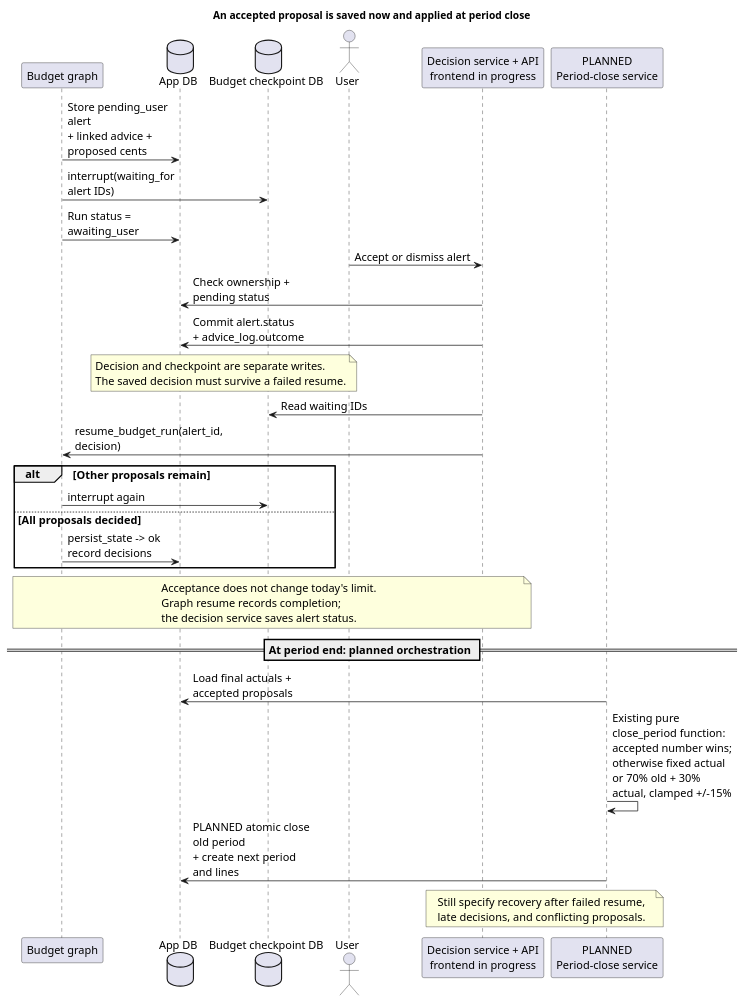
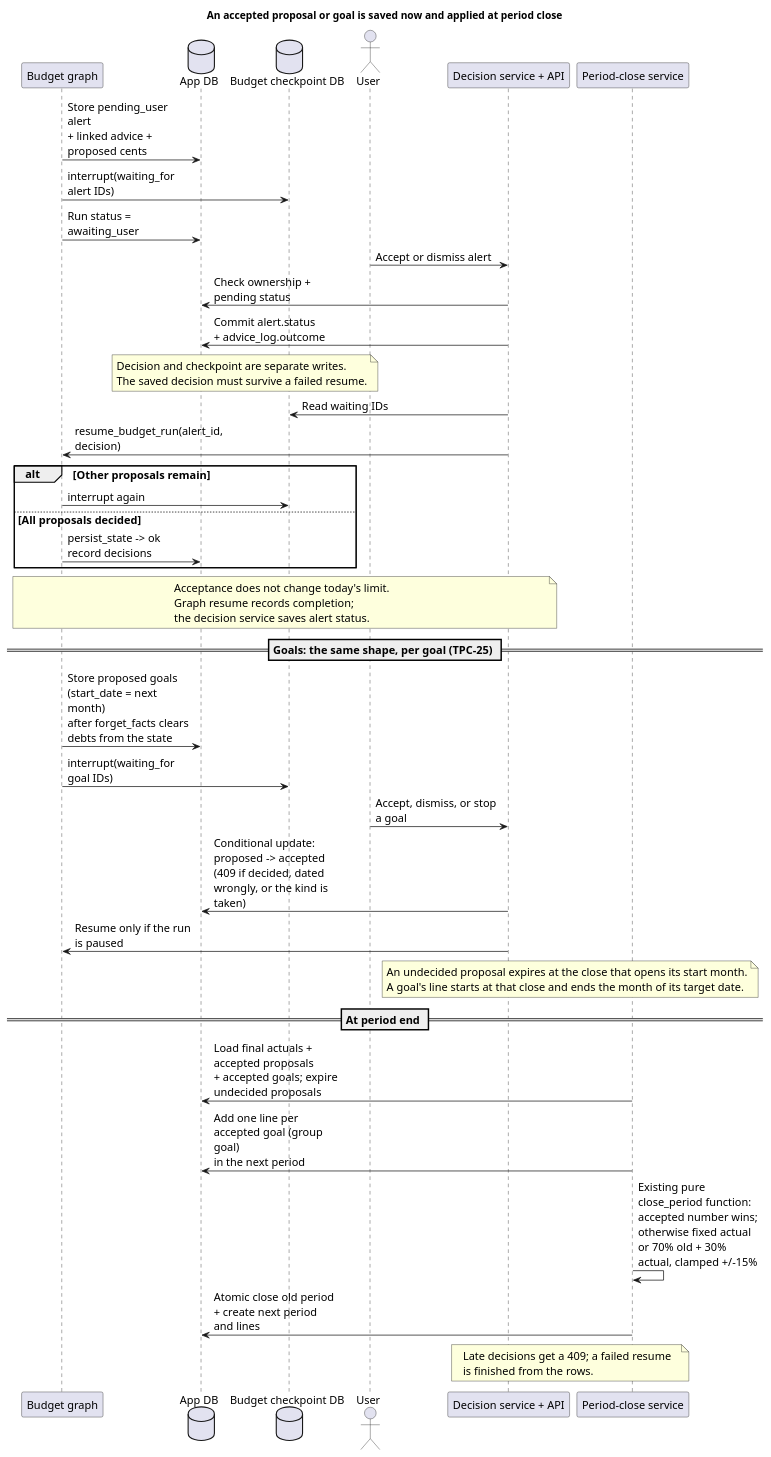
Before and after one commit to Del0m/Agentic-Financial-Dashboard: the diagram in docs/diagrams/approval-lifecycle.puml, drawn with PlantUML. The commit also changed 17 other files, not shown here.

```diff
--- a/docs/diagrams/approval-lifecycle.puml
+++ b/docs/diagrams/approval-lifecycle.puml
@@ -1,43 +1,54 @@
 @startuml
-title An accepted proposal is saved now and applied at period close
+title An accepted proposal or goal is saved now and applied at period close
 skinparam shadowing false
 skinparam defaultFontName SansSerif
 skinparam defaultFontSize 15
 skinparam maxMessageSize 170
 participant "Budget graph" as Graph
 database "App DB" as DB
 database "Budget checkpoint DB" as CP
 actor User
-participant "Decision service + API\nfrontend in progress" as Decisions
-participant "PLANNED\nPeriod-close service" as Close
+participant "Decision service + API" as Decisions
+participant "Period-close service" as Close
 Graph -> DB : Store pending_user alert\n+ linked advice + proposed cents
 Graph -> CP : interrupt(waiting_for alert IDs)
 Graph -> DB : Run status = awaiting_user
 User -> Decisions : Accept or dismiss alert
 Decisions -> DB : Check ownership + pending status
 Decisions -> DB : Commit alert.status\n+ advice_log.outcome
 note over DB, CP
 Decision and checkpoint are separate writes.
 The saved decision must survive a failed resume.
 end note
 Decisions -> CP : Read waiting IDs
 Decisions -> Graph : resume_budget_run(alert_id, decision)
 alt Other proposals remain
   Graph -> CP : interrupt again
 else All proposals decided
   Graph -> DB : persist_state -> ok\nrecord decisions
 end
 note over Graph, Decisions
 Acceptance does not change today's limit.
 Graph resume records completion;
 the decision service saves alert status.
 end note
-== At period end: planned orchestration ==
-Close -> DB : Load final actuals + accepted proposals
+== Goals: the same shape, per goal (TPC-25) ==
+Graph -> DB : Store proposed goals (start_date = next month)\nafter forget_facts clears debts from the state
+Graph -> CP : interrupt(waiting_for goal IDs)
+User -> Decisions : Accept, dismiss, or stop a goal
+Decisions -> DB : Conditional update: proposed -> accepted\n(409 if decided, dated wrongly, or the kind is taken)
+Decisions -> Graph : Resume only if the run is paused
+note over Decisions, Close
+An undecided proposal expires at the close that opens its start month.
+A goal's line starts at that close and ends the month of its target date.
+end note
+== At period end ==
+Close -> DB : Load final actuals + accepted proposals\n+ accepted goals; expire undecided proposals
+Close -> DB : Add one line per accepted goal (group goal)\nin the next period
 Close -> Close : Existing pure close_period function:\naccepted number wins; otherwise fixed actual\nor 70% old + 30% actual, clamped +/-15%
-Close -> DB : PLANNED atomic close old period\n+ create next period and lines
+Close -> DB : Atomic close old period\n+ create next period and lines
 note over Decisions, Close
-Still specify recovery after failed resume,
-late decisions, and conflicting proposals.
+Late decisions get a 409; a failed resume
+is finished from the rows.
 end note
 @enduml
```
